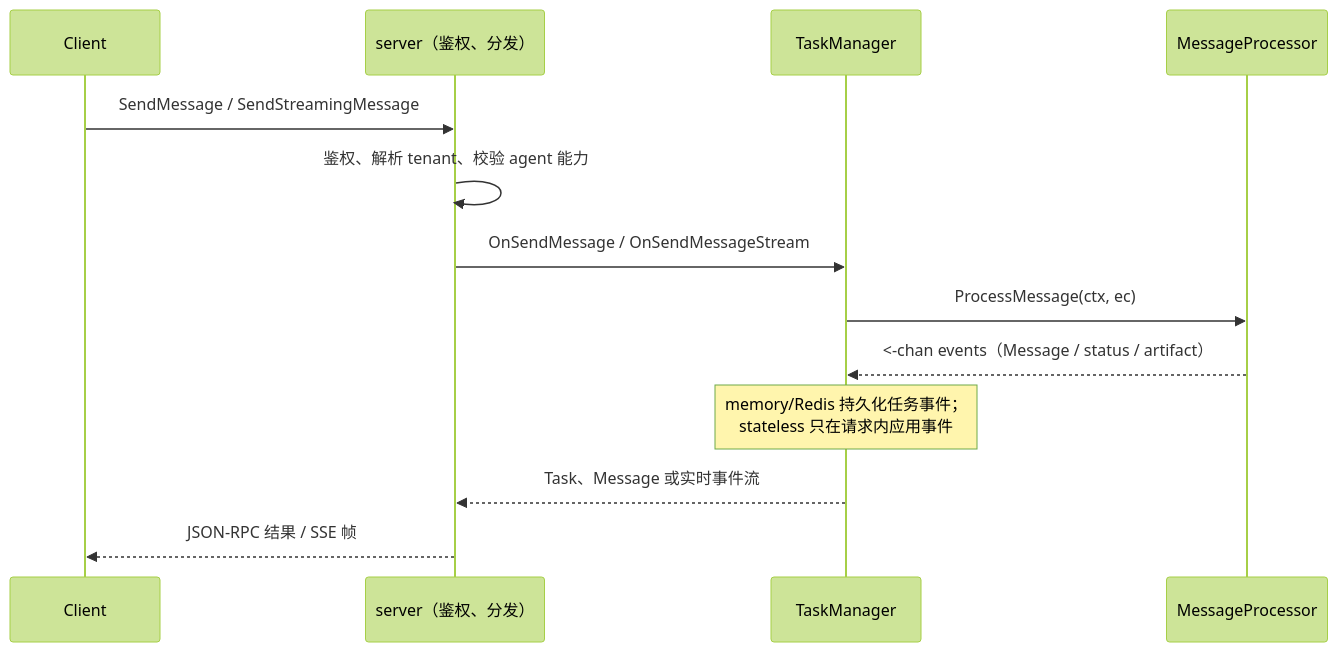
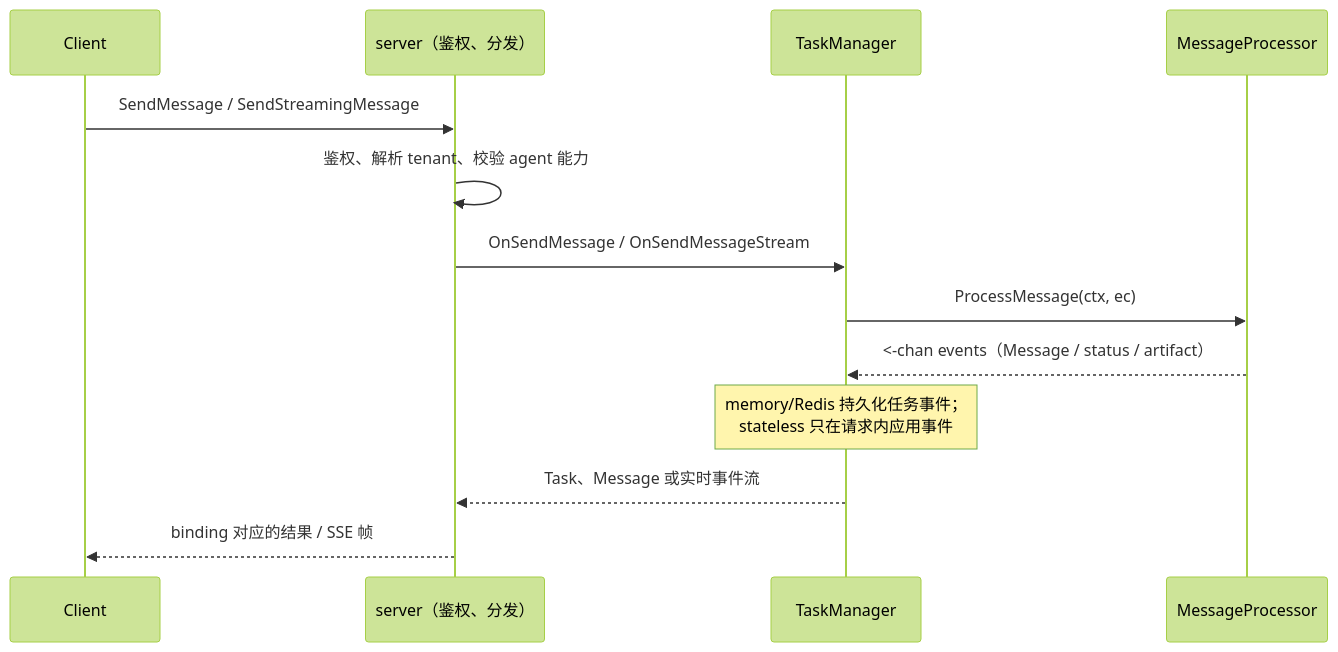
Before and after one commit to trpc-group/trpc-a2a-go: the second of 2 diagrams in docs/mkdocs/zh/overview.md, drawn with Mermaid (forest theme). The commit also changed other lines of this file and 40 other files, not shown here.

Commit message:
feat: support HTTP+JSON protocol binding

````diff
--- a/docs/mkdocs/zh/overview.md
+++ b/docs/mkdocs/zh/overview.md
@@ -74,16 +75,16 @@
 ```mermaid
 sequenceDiagram
     participant Client
     participant Server as server（鉴权、分发）
     participant TM as TaskManager
     participant P as MessageProcessor
 
     Client->>Server: SendMessage / SendStreamingMessage
     Server->>Server: 鉴权、解析 tenant、校验 agent 能力
     Server->>TM: OnSendMessage / OnSendMessageStream
     TM->>P: ProcessMessage(ctx, ec)
     P-->>TM: <-chan events（Message / status / artifact）
     Note over TM: memory/Redis 持久化任务事件；<br/>stateless 只在请求内应用事件
     TM-->>Server: Task、Message 或实时事件流
-    Server-->>Client: JSON-RPC 结果 / SSE 帧
+    Server-->>Client: binding 对应的结果 / SSE 帧
 ```
````
